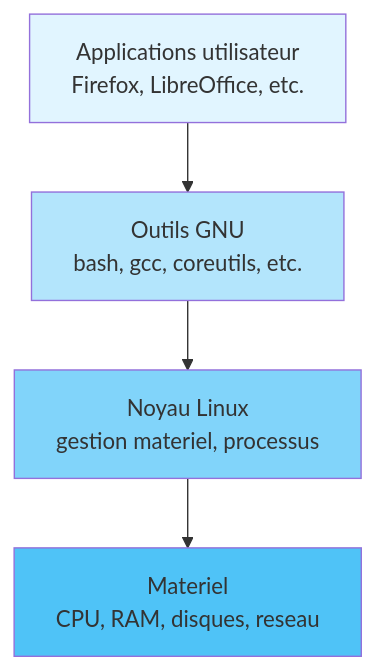
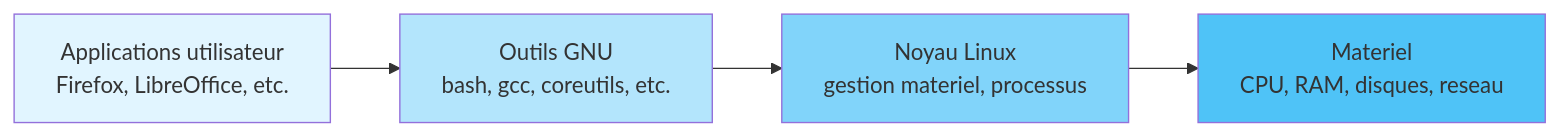
Before and after one commit to JSurquin/kibana2: the first of 2 diagrams in pages/01-introduction-unix-linux.md, drawn with Mermaid. The commit also changed 2 other files, not shown here.

Commit message:
update slides

````diff
--- a/pages/01-introduction-unix-linux.md
+++ b/pages/01-introduction-unix-linux.md
@@ -74,16 +74,16 @@
 ```mermaid
-graph TB
+graph LR
     A["Applications utilisateur<br/>Firefox, LibreOffice, etc."]
     B["Outils GNU<br/>bash, gcc, coreutils, etc."]
     C["Noyau Linux<br/>gestion materiel, processus"]
     D["Materiel<br/>CPU, RAM, disques, reseau"]
     
     A --> B
     B --> C
     C --> D
     
     style A fill:#e1f5ff
     style B fill:#b3e5fc
     style C fill:#81d4fa
     style D fill:#4fc3f7
 ```
````
